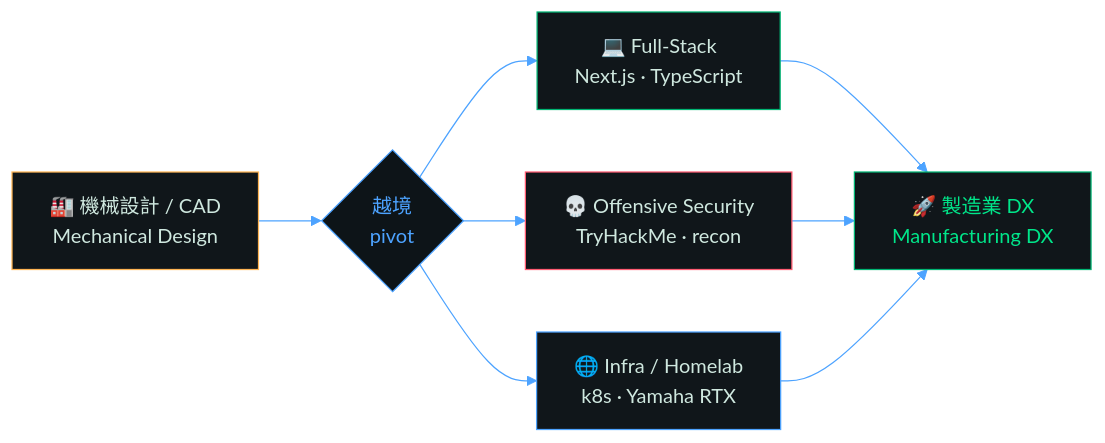
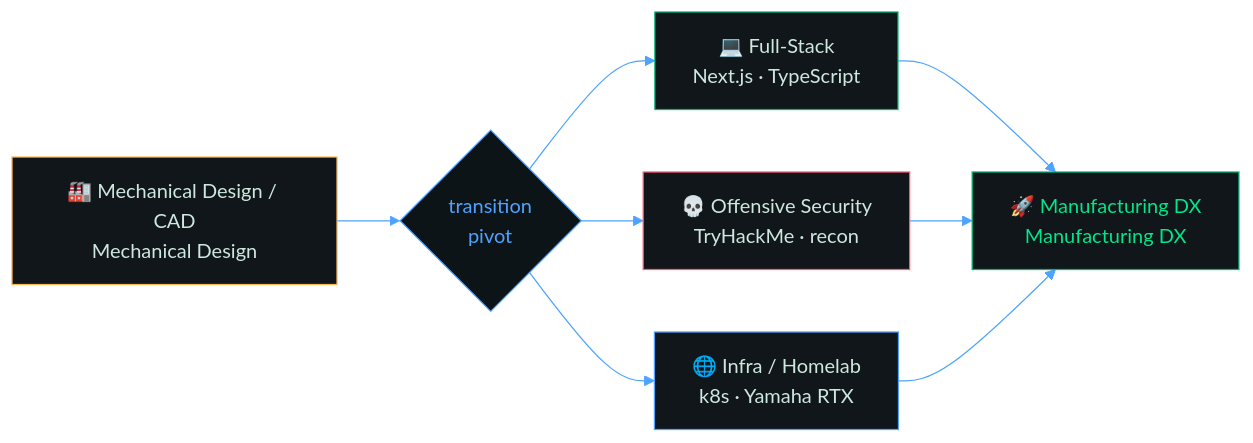
Before and after one commit to FumiakiC/FumiakiC: the second of 2 diagrams in README.md, drawn with Mermaid. The commit also changed other lines of this file and 1 other file, not shown here.

````diff
--- a/README.md
+++ b/README.md
@@ -165,17 +165,17 @@
 ```mermaid
 %%{init: {'theme':'base','themeVariables':{'primaryColor':'#10161a','primaryTextColor':'#cfe8df','primaryBorderColor':'#00b473','lineColor':'#4da3ff','fontFamily':'monospace'}}}%%
 flowchart LR
-  A["🏭 機械設計 / CAD<br/>Mechanical Design"]:::hw --> P{"越境<br/>pivot"}:::pivot
+  A["🏭 Mechanical Design / CAD<br/>Mechanical Design"]:::hw --> P{"transition<br/>pivot"}:::pivot
   P --> B["💻 Full-Stack<br/>Next.js · TypeScript"]:::sw
   P --> C["💀 Offensive Security<br/>TryHackMe · recon"]:::sec
   P --> D["🌐 Infra / Homelab<br/>k8s · Yamaha RTX"]:::infra
-  B --> Z["🚀 製造業 DX<br/>Manufacturing DX"]:::goal
+  B --> Z["🚀 Manufacturing DX<br/>Manufacturing DX"]:::goal
   C --> Z
   D --> Z
   classDef hw fill:#10161a,stroke:#ffb454,color:#cfe8df;
   classDef pivot fill:#0d1418,stroke:#4da3ff,color:#4da3ff;
   classDef sw fill:#10161a,stroke:#00b473,color:#cfe8df;
   classDef sec fill:#10161a,stroke:#ff5c72,color:#cfe8df;
   classDef infra fill:#10161a,stroke:#4da3ff,color:#cfe8df;
   classDef goal fill:#10161a,stroke:#00b473,color:#00e68a;
 ```
````
